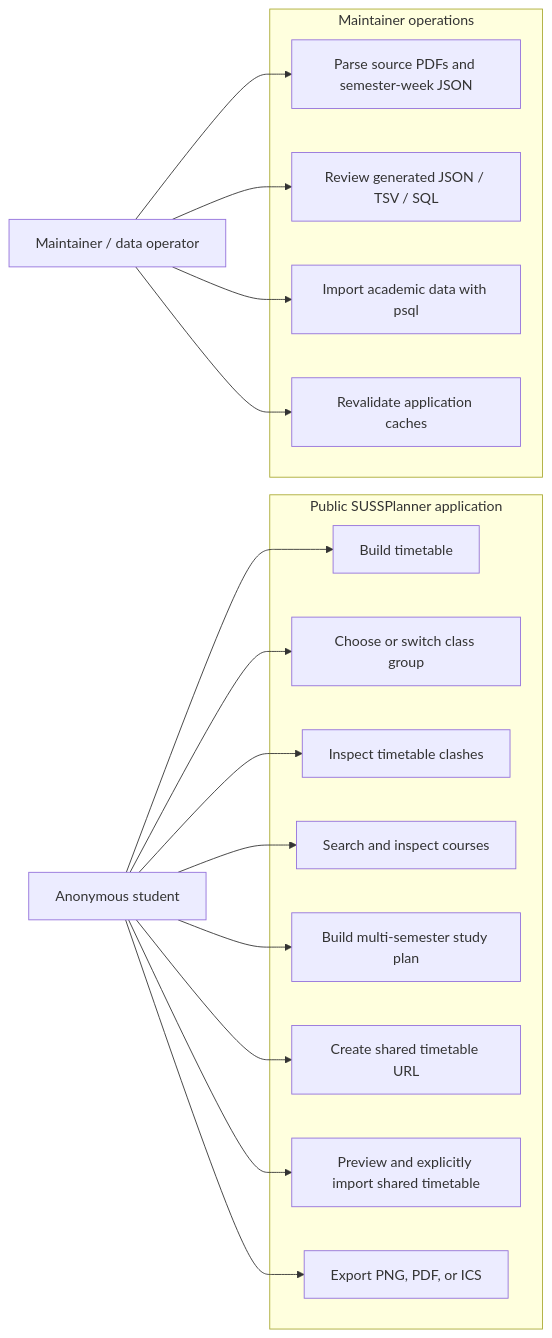
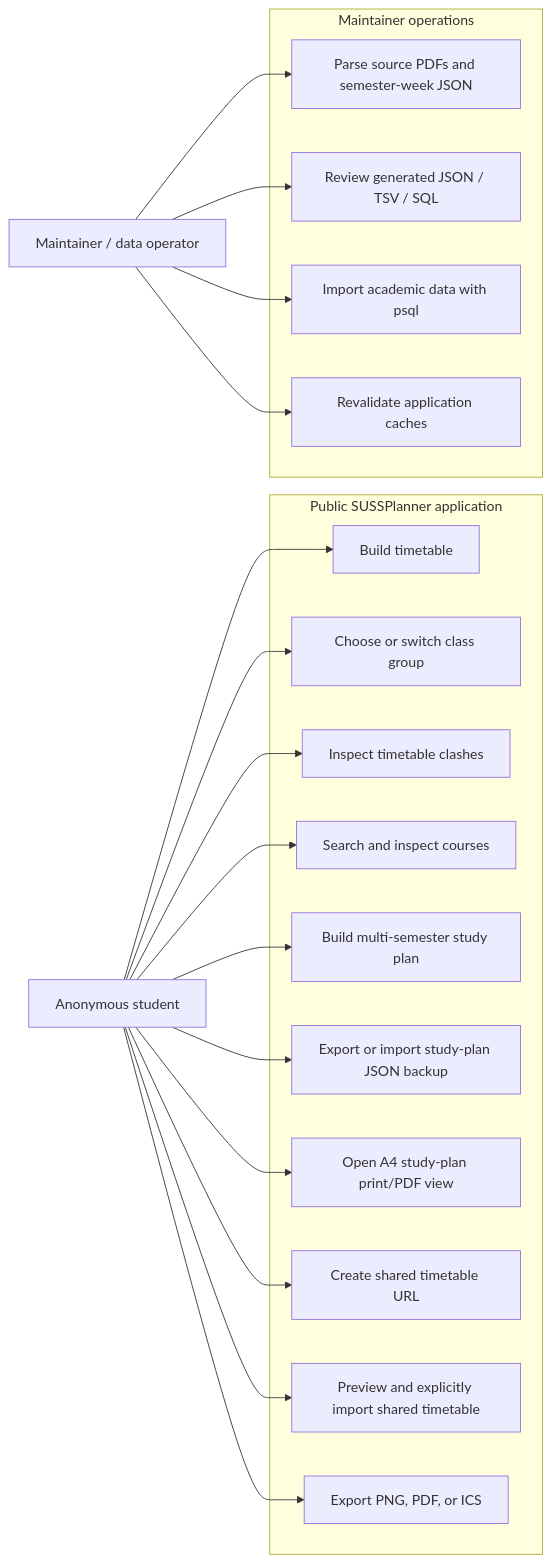
Before and after one commit to lester-td/SUSSplanner: the third of 13 diagrams in docs/DeveloperGuide.md, drawn with Mermaid. The commit also changed other lines of this file, not shown here.

````diff
--- a/docs/DeveloperGuide.md
+++ b/docs/DeveloperGuide.md
@@ -492,37 +505,41 @@
 ```mermaid
 flowchart LR
     Student["Anonymous student"]
     Maintainer["Maintainer / data operator"]
 
     subgraph PublicApp["Public SUSSPlanner application"]
         Build["Build timetable"]
         Resolve["Choose or switch class group"]
         Clash["Inspect timetable clashes"]
         Search["Search and inspect courses"]
         Study["Build multi-semester study plan"]
+        Backup["Export or import study-plan JSON backup"]
+        Print["Open A4 study-plan print/PDF view"]
         Share["Create shared timetable URL"]
         Preview["Preview and explicitly import shared timetable"]
         Export["Export PNG, PDF, or ICS"]
     end
 
     subgraph Operations["Maintainer operations"]
         Parse["Parse source PDFs and semester-week JSON"]
         Review["Review generated JSON / TSV / SQL"]
         Import["Import academic data with psql"]
         Invalidate["Revalidate application caches"]
     end
 
     Student --> Build
     Student --> Resolve
     Student --> Clash
     Student --> Search
     Student --> Study
+    Student --> Backup
+    Student --> Print
     Student --> Share
     Student --> Preview
     Student --> Export
 
     Maintainer --> Parse
     Maintainer --> Review
     Maintainer --> Import
     Maintainer --> Invalidate
 ```
````
